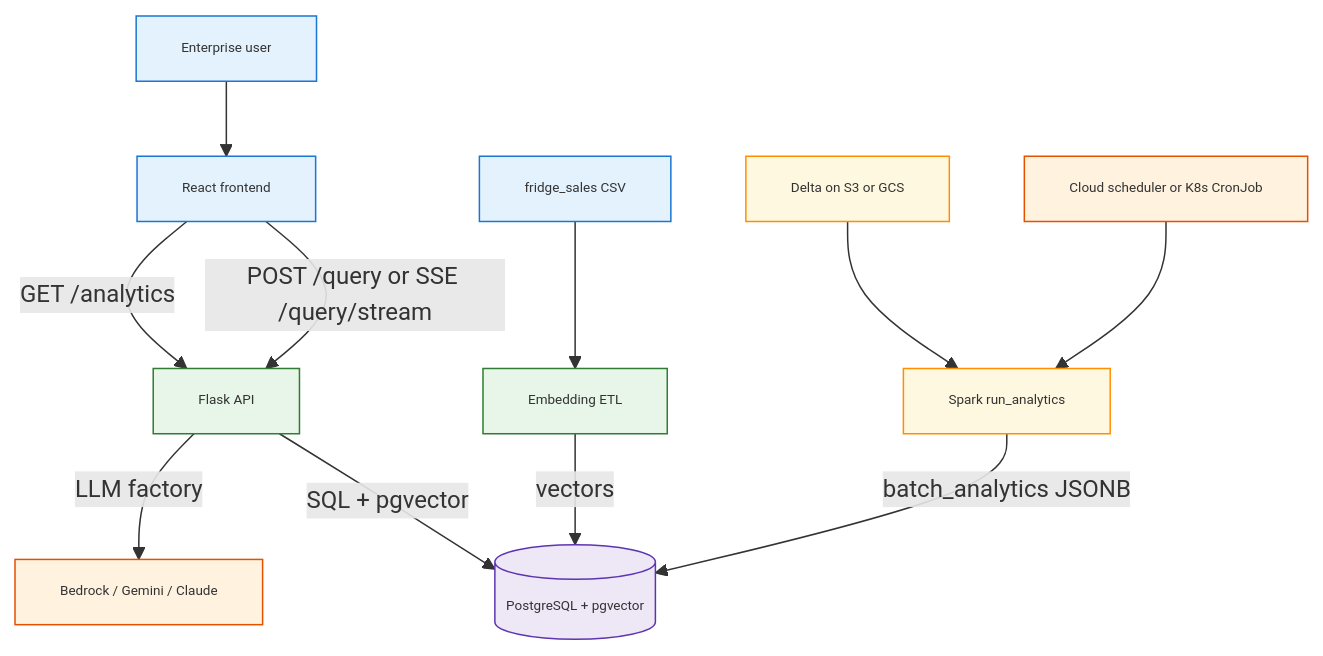
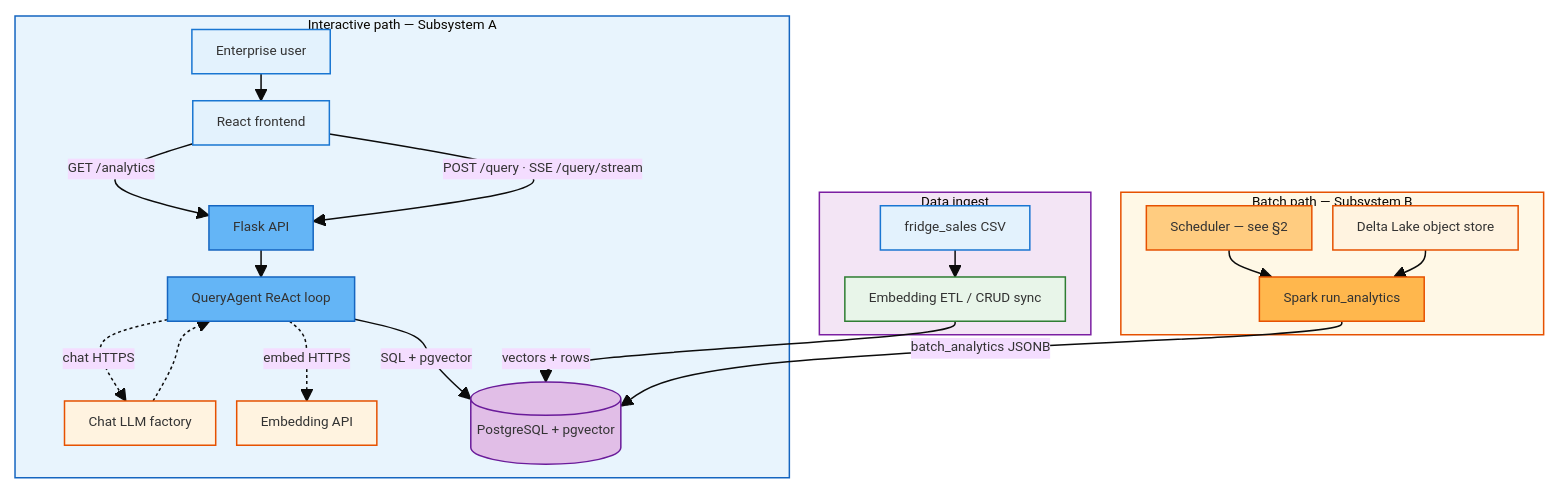
The first of 6 diagrams in README.md (horselord-joe-8053/ultra-fru-genai-analytics-new), drawn with Mermaid before and after one commit. The commit also changed other lines of this file and 6 other files, not shown here.

````diff
--- a/README.md
+++ b/README.md
@@ -79,24 +31,53 @@
 ```mermaid
-graph TD
-  U[Enterprise user] --> UI[React frontend]
-  UI -->|POST /query or SSE /query/stream| API[Flask API]
-  UI -->|GET /analytics| API
-  API -->|SQL + pgvector| PG[(PostgreSQL + pgvector)]
-  API -->|LLM factory| LLM[Bedrock / Gemini / Claude]
-  CSV[fridge_sales CSV] --> ETL[Embedding ETL]
-  ETL -->|vectors| PG
-  DELTA[Delta on S3 or GCS] --> SPARK[Spark run_analytics]
-  SPARK -->|batch_analytics JSONB| PG
-  SCHED[Cloud scheduler or K8s CronJob] --> SPARK
+%%{init: {'theme':'base', 'themeVariables': {'fontSize':'9px', 'fontFamily':'sans-serif'}, 'flowchart': {'nodeSpacing':14, 'rankSpacing':18, 'padding':8, 'useMaxWidth':true}}}%%
+flowchart TB
+  subgraph interactive["Interactive path — Subsystem A"]
+    U["Enterprise user"]
+    UI["React frontend"]
+    API["Flask API"]
+    AG["QueryAgent ReAct loop"]
+    LLM["Chat LLM factory"]
+    EMB["Embedding API"]
+    PG[("PostgreSQL + pgvector")]
+    U --> UI
+    UI -->|"GET /analytics"| API
+    UI -->|"POST /query · SSE /query/stream"| API
+    API --> AG
+    AG -->|"SQL + pgvector"| PG
+    AG -.->|"chat HTTPS"| LLM
+    AG -.->|"embed HTTPS"| EMB
+    LLM -.-> AG
+  end
+
+  subgraph ingest["Data ingest"]
+    CSV["fridge_sales CSV"]
+    ETL["Embedding ETL / CRUD sync"]
+    CSV --> ETL
+    ETL -->|"vectors + rows"| PG
+  end
+
+  subgraph batch["Batch path — Subsystem B"]
+    SCHED["Scheduler — see §2"]
+    SPARK["Spark run_analytics"]
+    DELTA["Delta Lake object store"]
+    SCHED --> SPARK
+    DELTA --> SPARK
+    SPARK -->|"batch_analytics JSONB"| PG
+  end
 
   style U fill:#e3f2fd,stroke:#1976d2,stroke-width:1px,font-size:9px
   style UI fill:#e3f2fd,stroke:#1976d2,stroke-width:1px,font-size:9px
-  style API fill:#e8f5e9,stroke:#2e7d32,stroke-width:1px,font-size:9px
-  style PG fill:#ede7f6,stroke:#5e35b1,stroke-width:1px,font-size:9px
+  style API fill:#64b5f6,stroke:#1565c0,stroke-width:1px,font-size:9px
+  style AG fill:#64b5f6,stroke:#1565c0,stroke-width:1px,font-size:9px
   style LLM fill:#fff3e0,stroke:#e65100,stroke-width:1px,font-size:9px
-  style SPARK fill:#fff8e1,stroke:#ff8f00,stroke-width:1px,font-size:9px
-  style DELTA fill:#fff8e1,stroke:#ff8f00,stroke-width:1px,font-size:9px
-  style SCHED fill:#fff3e0,stroke:#e65100,stroke-width:1px,font-size:9px
+  style EMB fill:#fff3e0,stroke:#e65100,stroke-width:1px,font-size:9px
+  style PG fill:#e1bee7,stroke:#6a1b9a,stroke-width:1px,font-size:9px
+  style CSV fill:#e3f2fd,stroke:#1976d2,stroke-width:1px,font-size:9px
   style ETL fill:#e8f5e9,stroke:#2e7d32,stroke-width:1px,font-size:9px
-  style CSV fill:#e3f2fd,stroke:#1976d2,stroke-width:1px,font-size:9px
+  style SCHED fill:#ffcc80,stroke:#e65100,stroke-width:1px,font-size:9px
+  style SPARK fill:#ffb74d,stroke:#e65100,stroke-width:1px,font-size:9px
+  style DELTA fill:#fff3e0,stroke:#e65100,stroke-width:1px,font-size:9px
+  style interactive fill:#e8f4fd,stroke:#1565c0,stroke-width:1px,font-size:9px
+  style batch fill:#fff8e6,stroke:#e65100,stroke-width:1px,font-size:9px
+  style ingest fill:#f3e5f5,stroke:#7b1fa2,stroke-width:1px,font-size:9px
 ```
````
